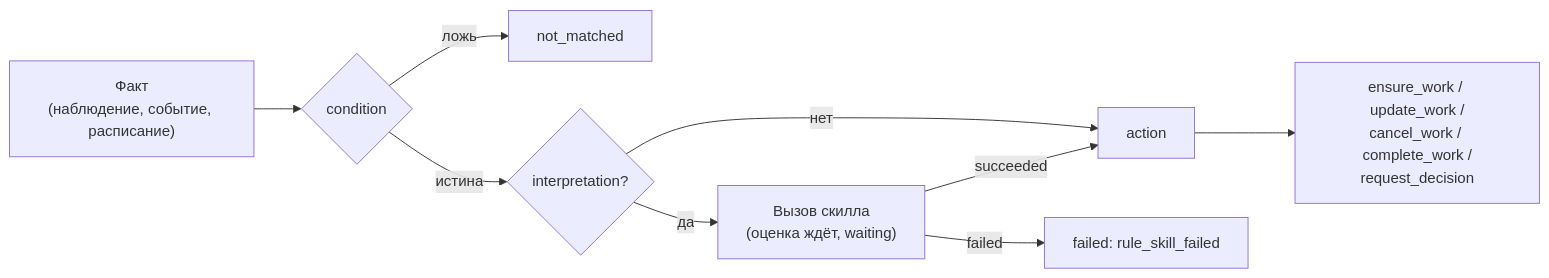
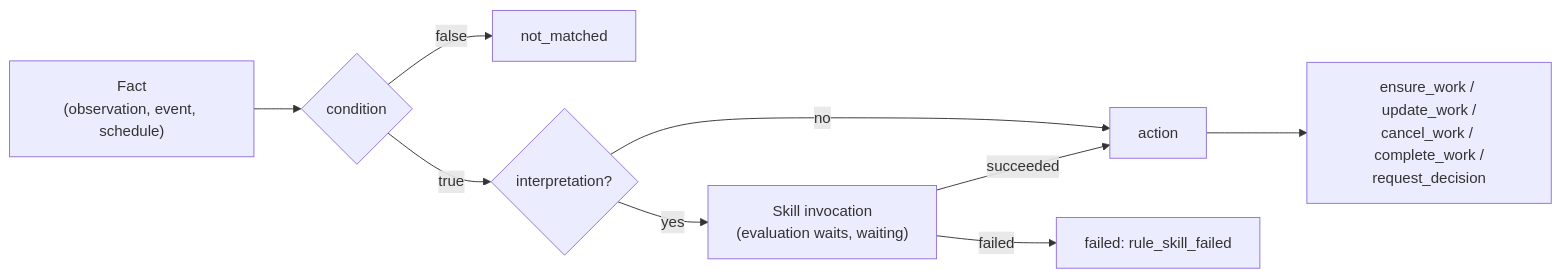
The diagram in guide/docs/control-plane/work-rules.md (monthu56/taimen), drawn with Mermaid before and after one commit. The commit also changed other lines of this file and 183 other files, not shown here.

````diff
--- a/guide/docs/control-plane/work-rules.md
+++ b/guide/docs/control-plane/work-rules.md
@@ -13,11 +14,11 @@
 ```mermaid
 flowchart LR
-    F["Факт<br/>(наблюдение, событие, расписание)"] --> C{"condition"}
-    C -- ложь --> N["not_matched"]
-    C -- истина --> I{"interpretation?"}
-    I -- да --> S["Вызов скилла<br/>(оценка ждёт, waiting)"]
-    I -- нет --> A["action"]
+    F["Fact<br/>(observation, event, schedule)"] --> C{"condition"}
+    C -- false --> N["not_matched"]
+    C -- true --> I{"interpretation?"}
+    I -- yes --> S["Skill invocation<br/>(evaluation waits, waiting)"]
+    I -- no --> A["action"]
     S -- succeeded --> A
     S -- failed --> X["failed: rule_skill_failed"]
     A --> W["ensure_work / update_work /<br/>cancel_work / complete_work /<br/>request_decision"]
 ```
````
